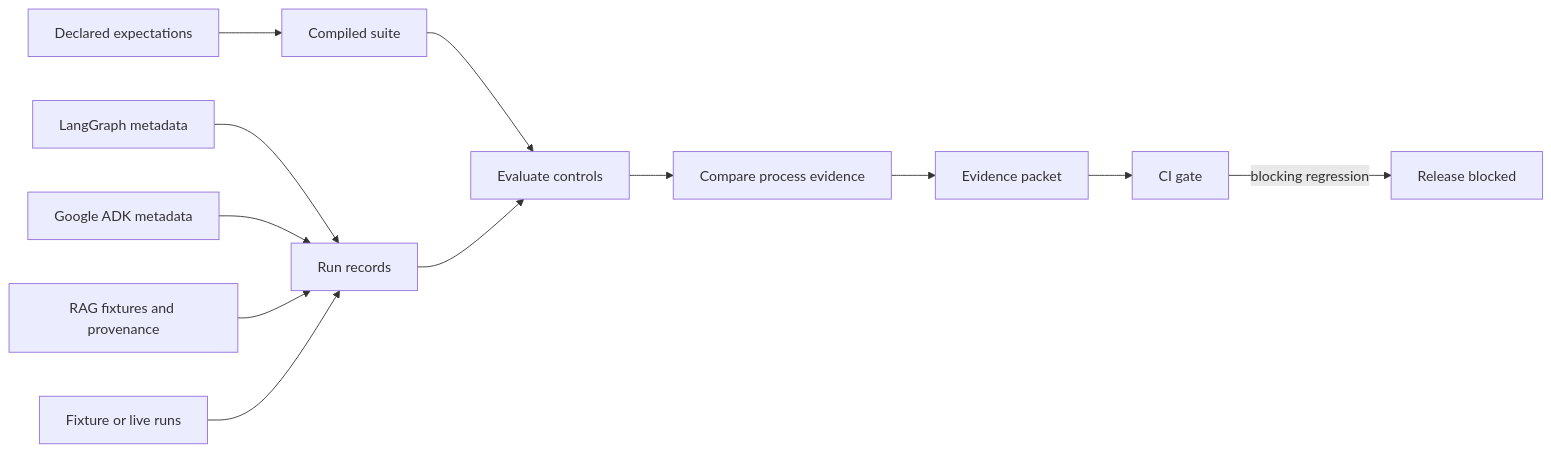
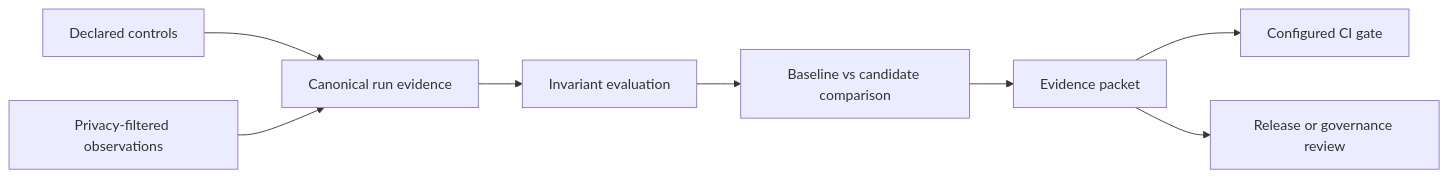
One commit to acblabs/agent-assure changed the second of 2 diagrams in README.md. Above: the diagram before and after it, drawn with Mermaid. The commit also changed other lines of this file, not shown here.

````diff
--- a/README.md
+++ b/README.md
@@ -475,14 +309,10 @@
 ```mermaid
 flowchart LR
-  A[Declared expectations] --> B[Compiled suite]
-  LG[LangGraph metadata] --> R[Run records]
-  ADK[Google ADK metadata] --> R
-  RAG[RAG fixtures and provenance] --> R
-  F[Fixture or live runs] --> R
-  B --> E[Evaluate controls]
-  R --> E
-  E --> C[Compare process evidence]
-  C --> P[Evidence packet]
-  P --> G[CI gate]
-  G -->|blocking regression| X[Release blocked]
+    A[Declared controls] --> C[Canonical run evidence]
+    B[Privacy-filtered observations] --> C
+    C --> D[Invariant evaluation]
+    D --> E[Baseline vs candidate comparison]
+    E --> F[Evidence packet]
+    F --> G[Configured CI gate]
+    F --> H[Release or governance review]
 ```
````
